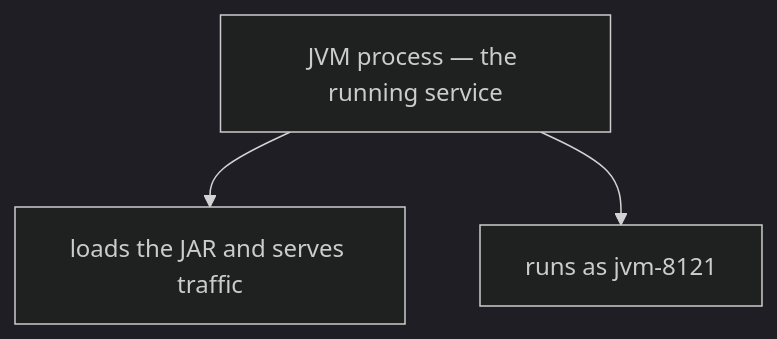
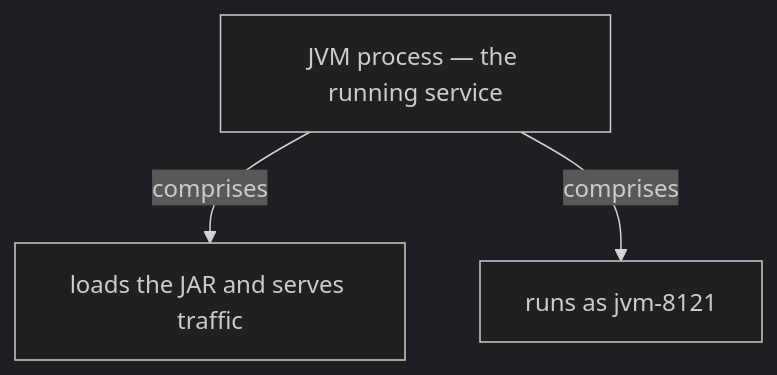
Before and after one commit to vinayakuber/microservices-io-study-guide: the seventh of 13 diagrams in docs/ch39-language-specific-packaging-format.md, drawn with Mermaid (dark theme). The commit also changed other lines of this file and 71 other files, not shown here.

First line of the commit message:
R18: label every diagram arrow with its meaning

````diff
--- a/docs/ch39-language-specific-packaging-format.md
+++ b/docs/ch39-language-specific-packaging-format.md
@@ -215,6 +215,6 @@
 ```mermaid
 flowchart TD
   R["JVM process — the running service"]
-  R --> P0["loads the JAR and serves traffic"]
-  R --> P1["runs as jvm-8121"]
+  R -->|"comprises"| P0["loads the JAR and serves traffic"]
+  R -->|"comprises"| P1["runs as jvm-8121"]
 ```
````
